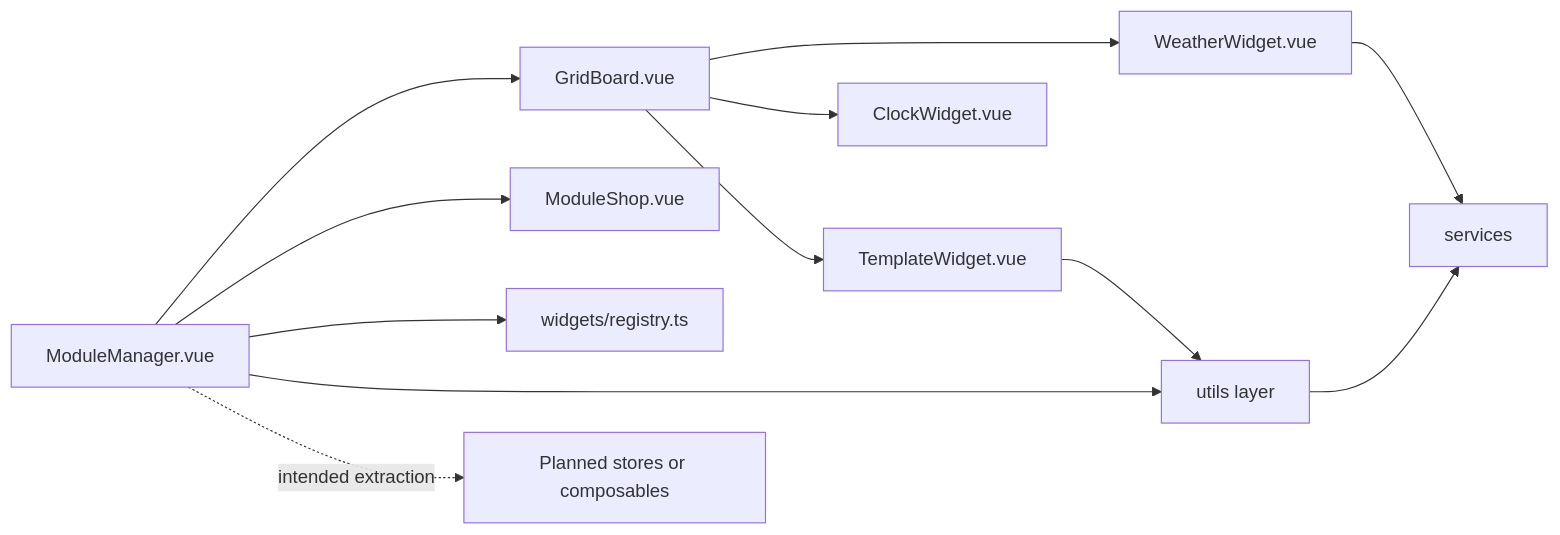
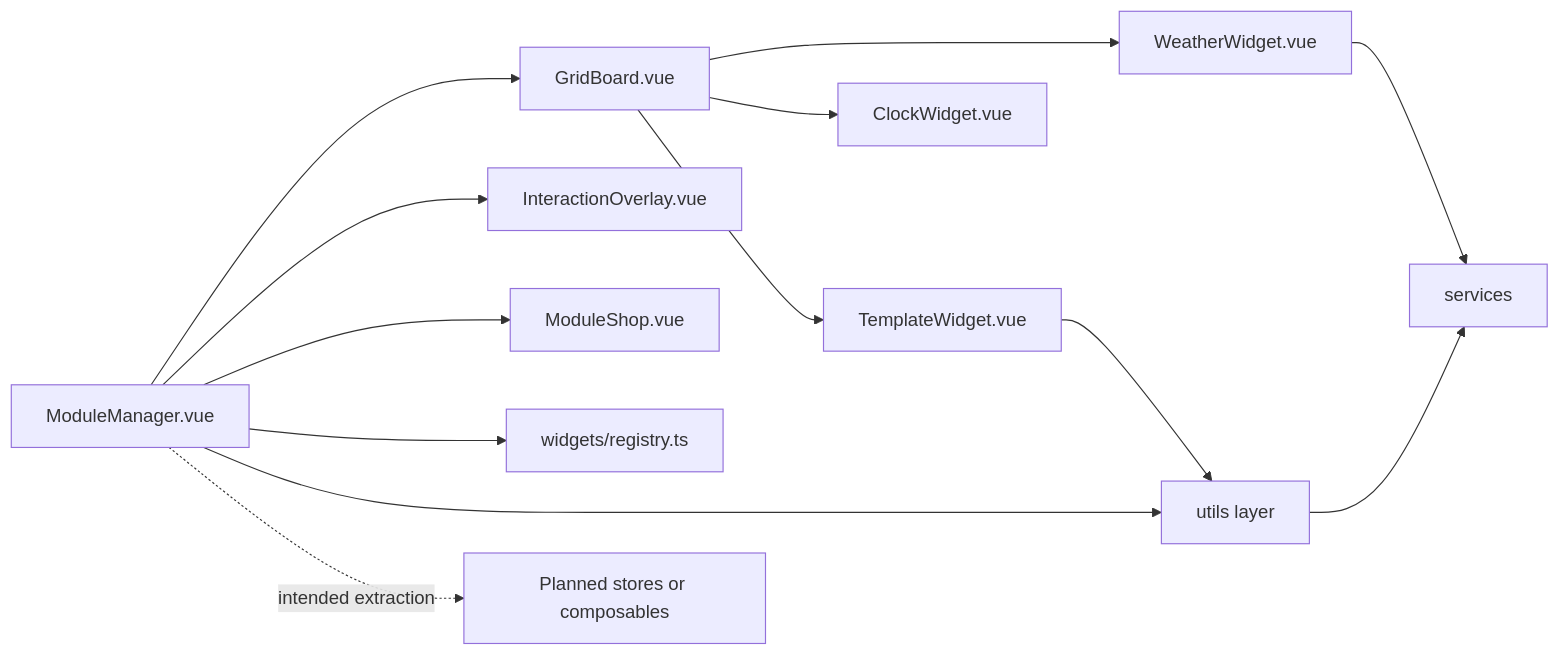
The diagram in Frontend/nimrag-frontend/src/components/componentArch.md (SebastianRieger/Software-Engineering), drawn with Mermaid before and after one commit. The commit also changed other lines of this file and 30 other files, not shown here.

````diff
--- a/Frontend/nimrag-frontend/src/components/componentArch.md
+++ b/Frontend/nimrag-frontend/src/components/componentArch.md
@@ -44,25 +45,27 @@
 ```mermaid
 flowchart LR
     ModuleManager[ModuleManager.vue]
     GridBoard[GridBoard.vue]
+    InteractionOverlay[InteractionOverlay.vue]
     ModuleShop[ModuleShop.vue]
     WeatherWidget[WeatherWidget.vue]
     ClockWidget[ClockWidget.vue]
     TemplateWidget[TemplateWidget.vue]
     Registry[widgets/registry.ts]
     Utils[utils layer]
     Services[services]
     PlannedState[Planned stores or composables]
 
     ModuleManager --> GridBoard
+    ModuleManager --> InteractionOverlay
     ModuleManager --> ModuleShop
     ModuleManager --> Registry
     ModuleManager --> Utils
     GridBoard --> WeatherWidget
     GridBoard --> ClockWidget
     GridBoard --> TemplateWidget
     TemplateWidget --> Utils
     WeatherWidget --> Services
     Utils --> Services
     ModuleManager -. intended extraction .-> PlannedState
 ```
````
